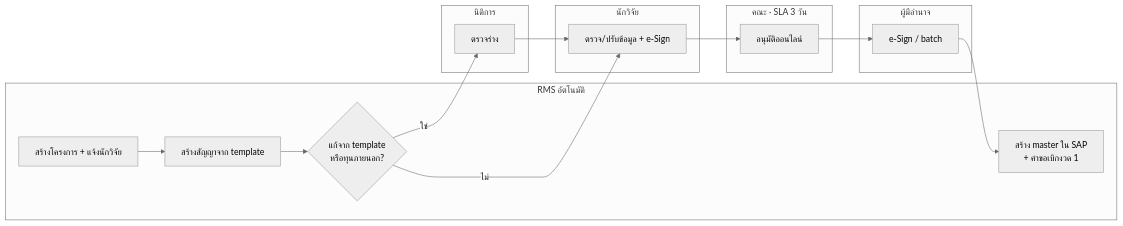
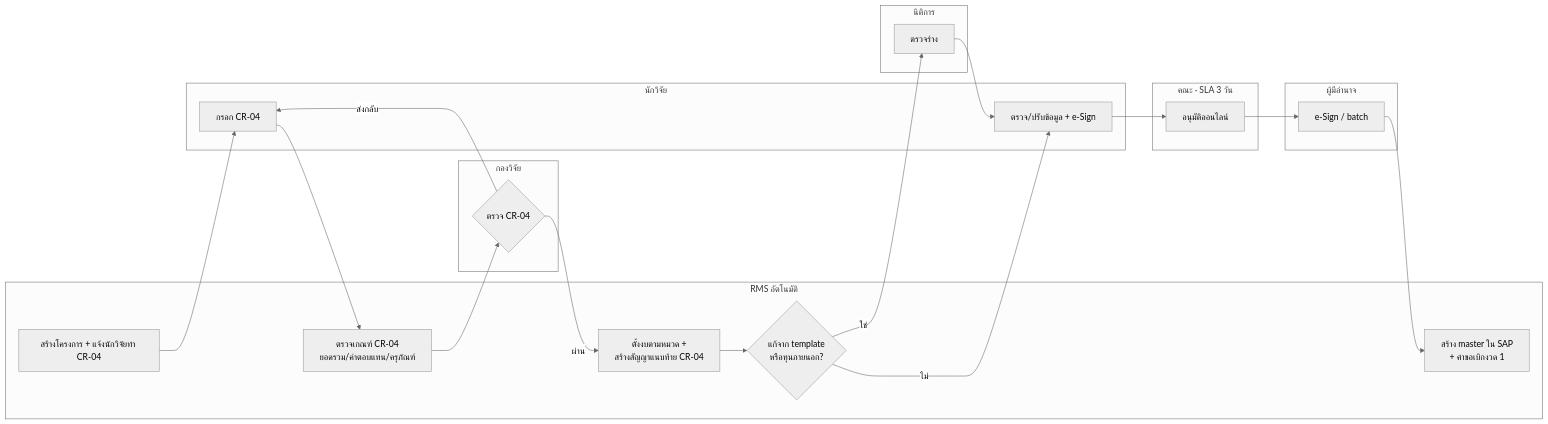
Before and after one commit to surasak-rit/claude-kit: the second of 3 diagrams in rms/docs/02-to-be-process.md, drawn with Mermaid (neutral theme). The commit also changed other lines of this file and 5 other files, not shown here.

````diff
--- a/rms/docs/02-to-be-process.md
+++ b/rms/docs/02-to-be-process.md
@@ -150,24 +154,32 @@
 ```mermaid
 flowchart LR
   subgraph SYS[RMS อัตโนมัติ]
-    s1[สร้างโครงการ + แจ้งนักวิจัย] --> s2[สร้างสัญญาจาก template]
+    s1[สร้างโครงการ + แจ้งนักวิจัยทำ CR-04]
+    s0[ตรวจเกณฑ์ CR-04<br/>ยอดรวม/ค่าตอบแทน/ครุภัณฑ์]
+    s2[ตั้งงบตามหมวด +<br/>สร้างสัญญาแนบท้าย CR-04]
     s3{แก้จาก template<br/>หรือทุนภายนอก?}
     s4[สร้าง master ใน SAP<br/>+ คำขอเบิกงวด 1]
   end
   subgraph PI[นักวิจัย]
+    p0[กรอก CR-04]
     p1[ตรวจ/ปรับข้อมูล + e-Sign]
+  end
+  subgraph RO[กองวิจัย]
+    r0{ตรวจ CR-04}
   end
   subgraph LEG[นิติการ]
     l1[ตรวจร่าง]
   end
   subgraph FAC[คณะ · SLA 3 วัน]
     f1[อนุมัติออนไลน์]
   end
   subgraph AUTH[ผู้มีอำนาจ]
     a1[e-Sign / batch]
   end
-  s2 --> s3
+  s1 --> p0 --> s0 --> r0
+  r0 -->|ส่งกลับ| p0
+  r0 -->|ผ่าน| s2 --> s3
   s3 -->|ใช่| l1 --> p1
   s3 -->|ไม่| p1
   p1 --> f1 --> a1 --> s4
 ```
````
